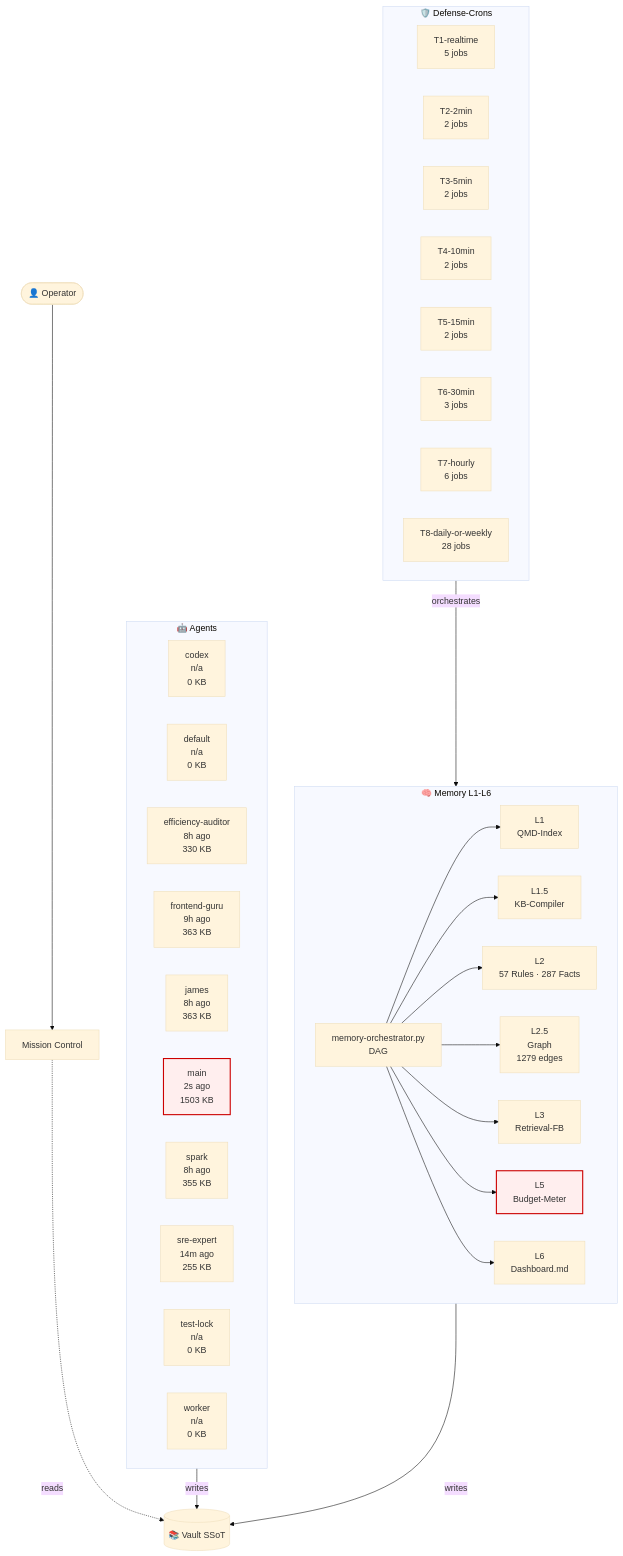
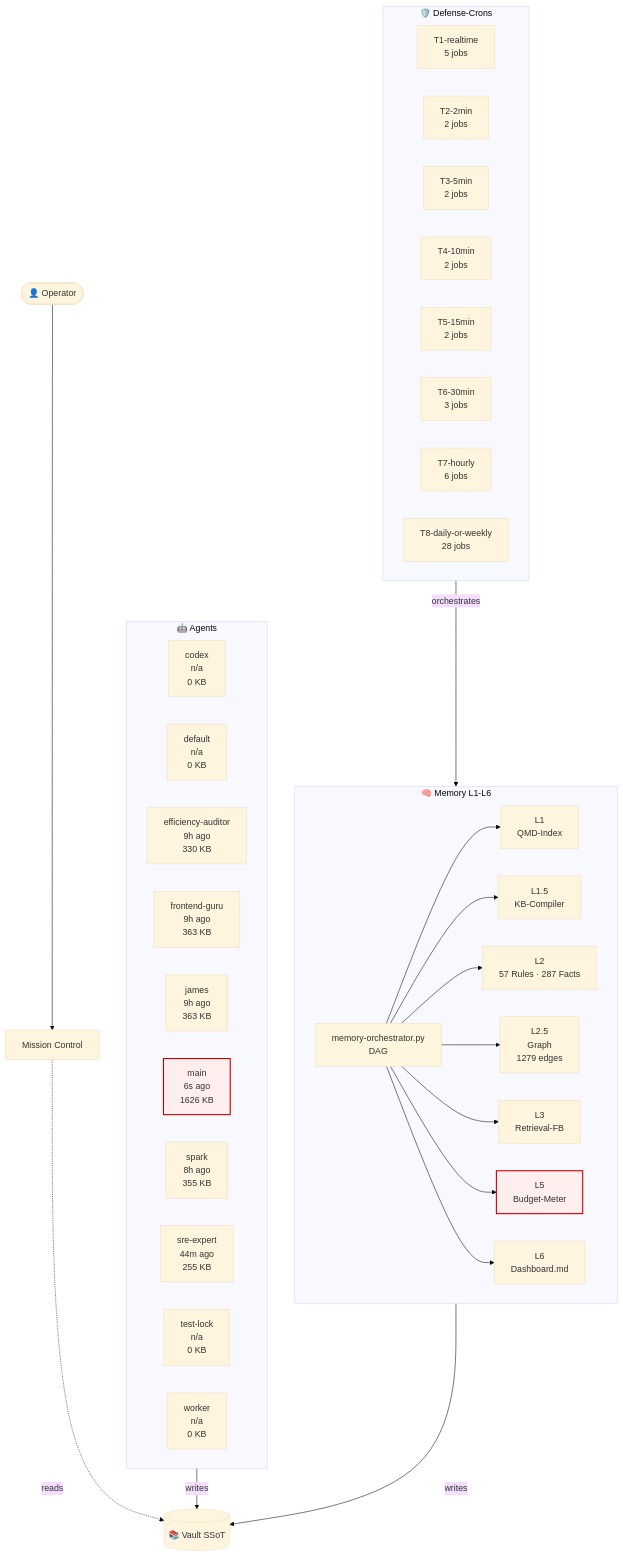
The diagram in 03-Agents/architecture-live.md (lenardhuebner88-rgb/openclaw-memory), drawn with Mermaid (base theme) before and after one commit. The commit also changed other lines of this file and 1 other file, not shown here.

````diff
--- a/03-Agents/architecture-live.md
+++ b/03-Agents/architecture-live.md
@@ -18,53 +18,53 @@
 ```mermaid
 flowchart TB
     classDef critical fill:#fee,stroke:#c00,stroke-width:2px;
     subgraph AGT["🤖 Agents"]
         agent_codex["codex<br/>n/a<br/>0 KB"]
         agent_default["default<br/>n/a<br/>0 KB"]
-        agent_efficiency_auditor["efficiency-auditor<br/>8h ago<br/>330 KB"]
+        agent_efficiency_auditor["efficiency-auditor<br/>9h ago<br/>330 KB"]
         agent_frontend_guru["frontend-guru<br/>9h ago<br/>363 KB"]
-        agent_james["james<br/>8h ago<br/>363 KB"]
-        agent_main["main<br/>2s ago<br/>1503 KB"]
+        agent_james["james<br/>9h ago<br/>363 KB"]
+        agent_main["main<br/>6s ago<br/>1626 KB"]
         agent_spark["spark<br/>8h ago<br/>355 KB"]
-        agent_sre_expert["sre-expert<br/>14m ago<br/>255 KB"]
+        agent_sre_expert["sre-expert<br/>44m ago<br/>255 KB"]
         agent_test_lock["test-lock<br/>n/a<br/>0 KB"]
         agent_worker["worker<br/>n/a<br/>0 KB"]
     end
     subgraph MEM["🧠 Memory L1-L6"]
         L1["L1<br/>QMD-Index"]
         L15["L1.5<br/>KB-Compiler"]
         L2["L2<br/>57 Rules · 287 Facts"]
         L25["L2.5<br/>Graph<br/>1279 edges"]
         L3["L3<br/>Retrieval-FB"]
         L5["L5<br/>Budget-Meter"]
         L6["L6<br/>Dashboard.md"]
         ORCH["memory-orchestrator.py<br/>DAG"]
     end
     subgraph CRN["🛡️ Defense-Crons"]
         tier_T1_realtime["T1-realtime<br/>5 jobs"]
         tier_T2_2min["T2-2min<br/>2 jobs"]
         tier_T3_5min["T3-5min<br/>2 jobs"]
         tier_T4_10min["T4-10min<br/>2 jobs"]
         tier_T5_15min["T5-15min<br/>2 jobs"]
         tier_T6_30min["T6-30min<br/>3 jobs"]
         tier_T7_hourly["T7-hourly<br/>6 jobs"]
         tier_T8_daily_or_weekly["T8-daily-or-weekly<br/>28 jobs"]
     end
     VAULT[("📚 Vault SSoT")]
     OP([👤 Operator])
     MC["Mission Control"]
     OP --> MC
     MC -.reads.-> VAULT
     AGT -->|writes| VAULT
     MEM -->|writes| VAULT
     ORCH --> L1
     ORCH --> L15
     ORCH --> L2
     ORCH --> L25
     ORCH --> L3
     ORCH --> L5
     ORCH --> L6
     CRN -->|orchestrates| MEM
     class L5 critical
     class agent_main critical
 ```
````
